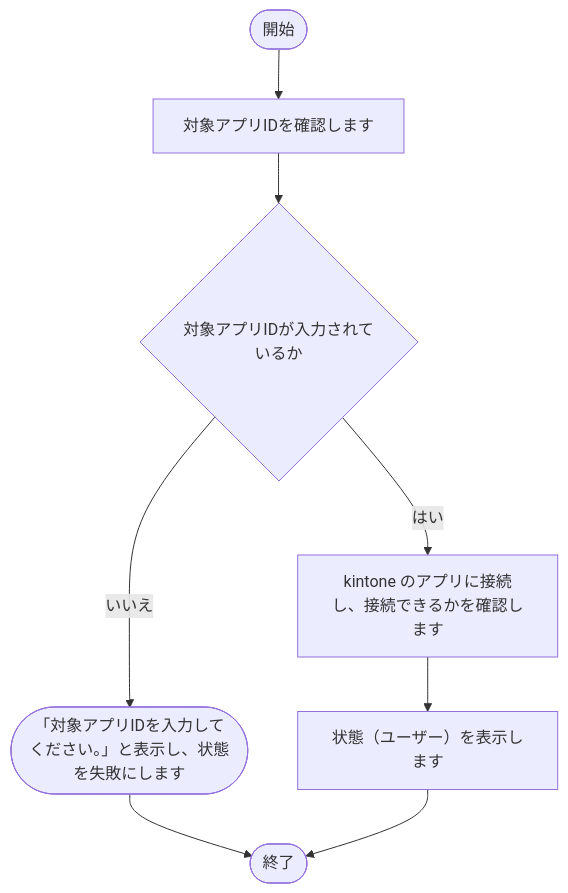
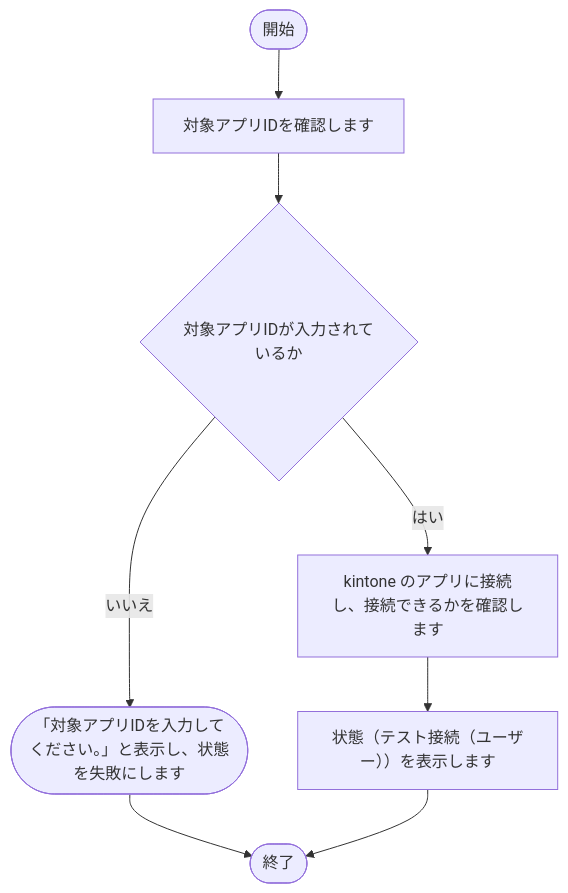
One commit to nishida2073/project_management changed diagram 18 of 28 in tool/track-aggregator/doc/02_設計/処理フロー.md. Above: the diagram before and after it, drawn with Mermaid. The commit also changed other lines of this file and 132 other files, not shown here.

````diff
--- a/tool/track-aggregator/doc/02_設計/処理フロー.md
+++ b/tool/track-aggregator/doc/02_設計/処理フロー.md
@@ -480,17 +480,17 @@
 ```mermaid
 flowchart TD
     S(["開始"])
     E(["終了"])
     N1["対象アプリIDを確認します"]
     S --> N1
     N2{"対象アプリIDが入力されているか"}
     N1 --> N2
     X2(["「対象アプリIDを入力してください。」と表示し、状態を失敗にします"])
     N2 -- いいえ --> X2
     X2 --> E
     N3["kintone のアプリに接続し、接続できるかを確認します"]
     N2 -- はい --> N3
-    N4["状態（ユーザー）を表示します"]
+    N4["状態（テスト接続（ユーザー））を表示します"]
     N3 --> N4
     N4 --> E
 ```
````
